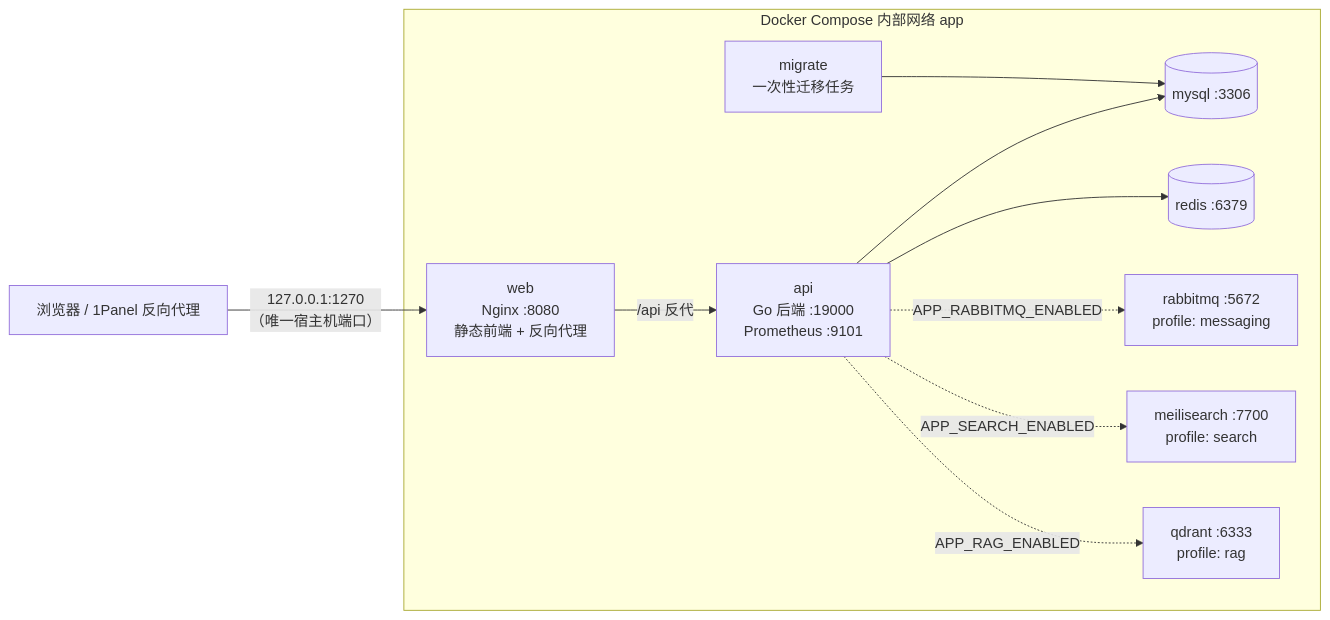
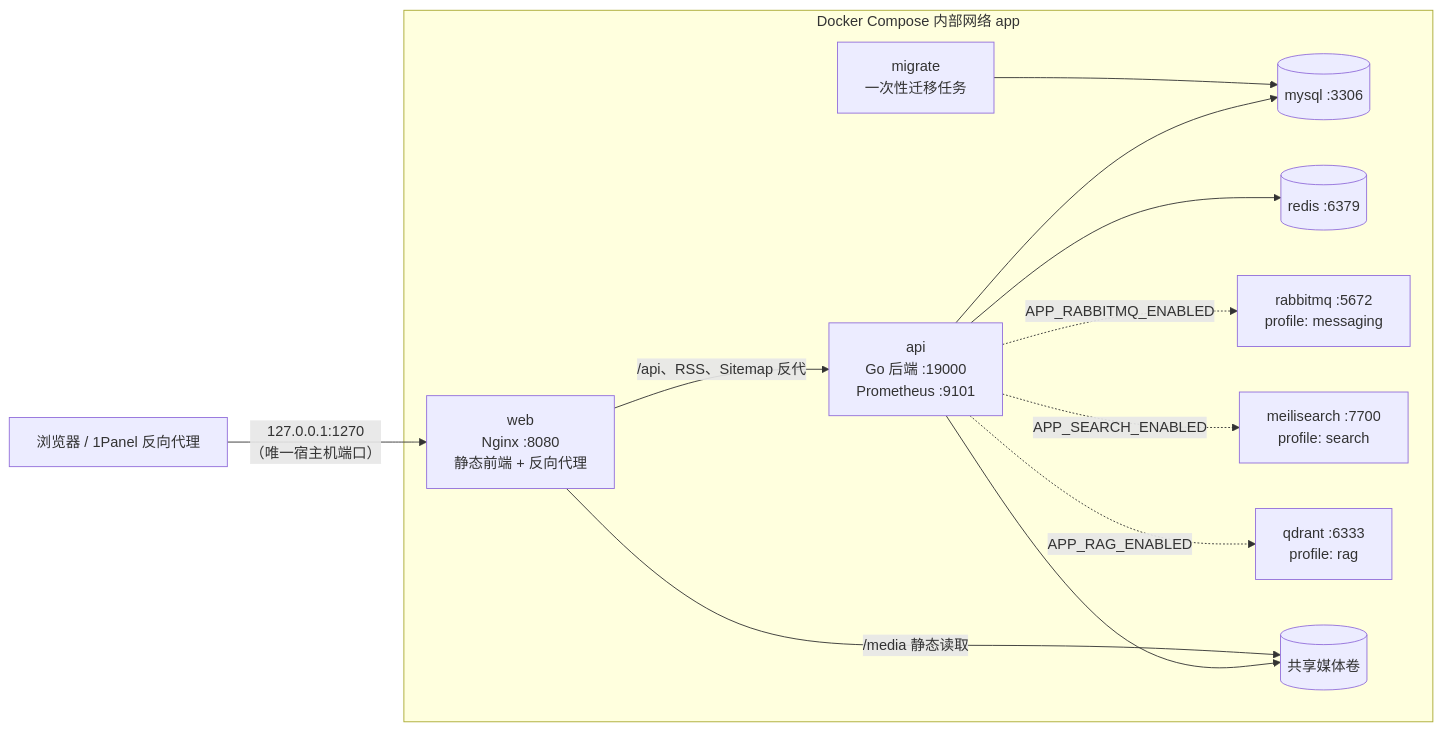
The diagram in README.md (Elari39/Notes-of-Ashen), drawn with Mermaid before and after one commit. The commit also changed other lines of this file, not shown here.

````diff
--- a/README.md
+++ b/README.md
@@ -22,23 +36,25 @@
 ```mermaid
 flowchart LR
     U["浏览器 / 1Panel 反向代理"] -->|"127.0.0.1:1270<br/>（唯一宿主机端口）"| W
 
     subgraph compose["Docker Compose 内部网络 app"]
         W["web<br/>Nginx :8080<br/>静态前端 + 反向代理"]
         A["api<br/>Go 后端 :19000<br/>Prometheus :9101"]
         MG["migrate<br/>一次性迁移任务"]
         M[("mysql :3306")]
         R[("redis :6379")]
         MQ["rabbitmq :5672<br/>profile: messaging"]
         ME["meilisearch :7700<br/>profile: search"]
         Q["qdrant :6333<br/>profile: rag"]
 
-        W -->|"/api 反代"| A
+        W -->|"/api、RSS、Sitemap 反代"| A
+        W -->|"/media 静态读取"| MD[("共享媒体卷")]
+        A --> MD
         MG --> M
         A --> M
         A --> R
         A -. "APP_RABBITMQ_ENABLED" .-> MQ
         A -. "APP_SEARCH_ENABLED" .-> ME
         A -. "APP_RAG_ENABLED" .-> Q
     end
 ```
````
